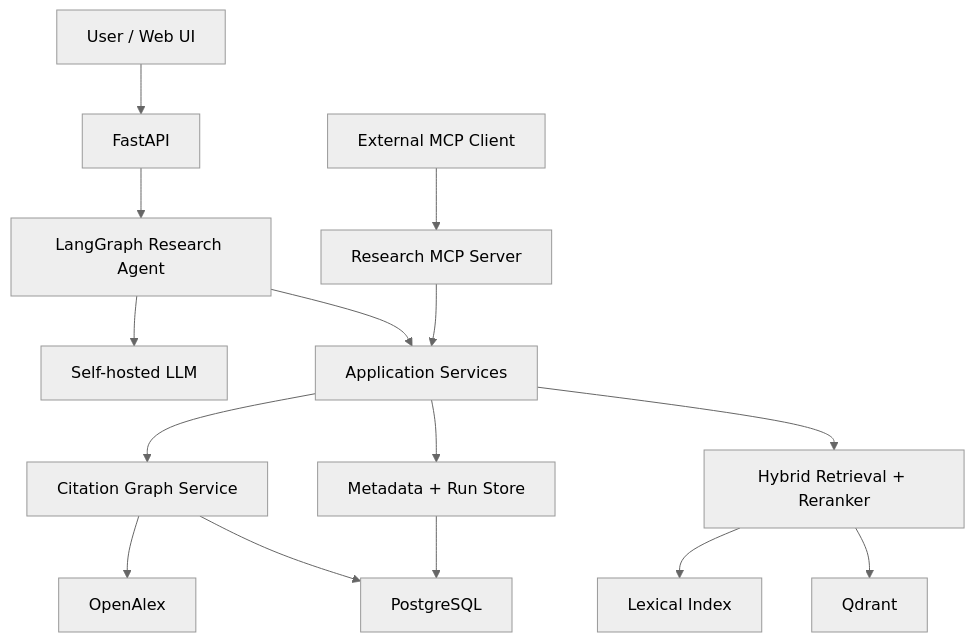
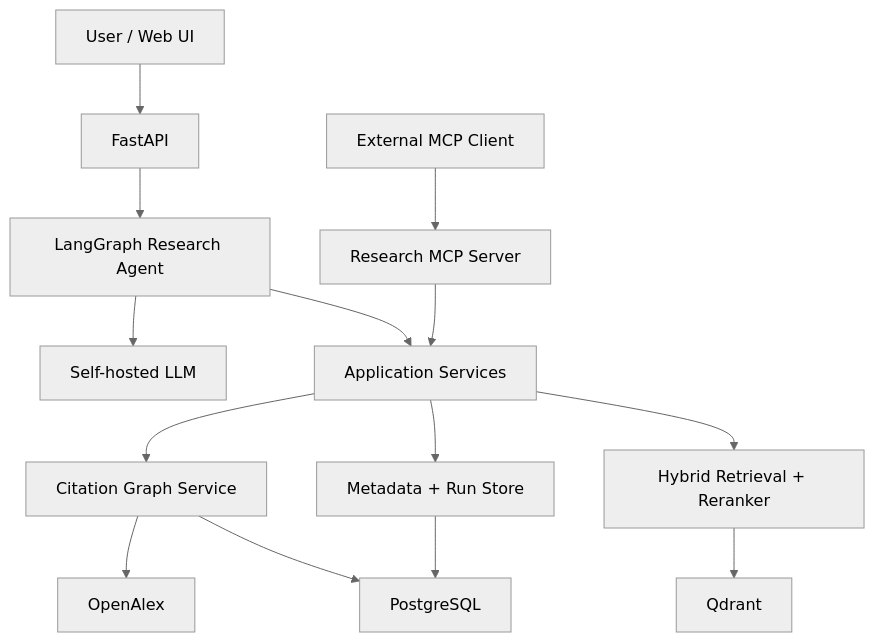
Before and after one commit to avsngh-git/RAGpipeline: the first of 4 diagrams in docs/agents/scientific-research-platform-source-of-truth.md, drawn with Mermaid (neutral theme). The commit also changed other lines of this file and 8 other files, not shown here.

````diff
--- a/docs/agents/scientific-research-platform-source-of-truth.md
+++ b/docs/agents/scientific-research-platform-source-of-truth.md
@@ -156,17 +156,16 @@
 ```mermaid
 flowchart TD
     U["User / Web UI"] --> API["FastAPI"]
     EXT["External MCP Client"] --> MCP["Research MCP Server"]
     API --> AG["LangGraph Research Agent"]
     AG --> SVC["Application Services"]
     MCP --> SVC
     SVC --> RET["Hybrid Retrieval + Reranker"]
     SVC --> META["Metadata + Run Store"]
     SVC --> GRAPH["Citation Graph Service"]
     RET --> QD["Qdrant"]
-    RET --> LEX["Lexical Index"]
     META --> PG["PostgreSQL"]
     GRAPH --> PG
     GRAPH --> OA["OpenAlex"]
     AG --> LLM["Self-hosted LLM"]
 ```
````
